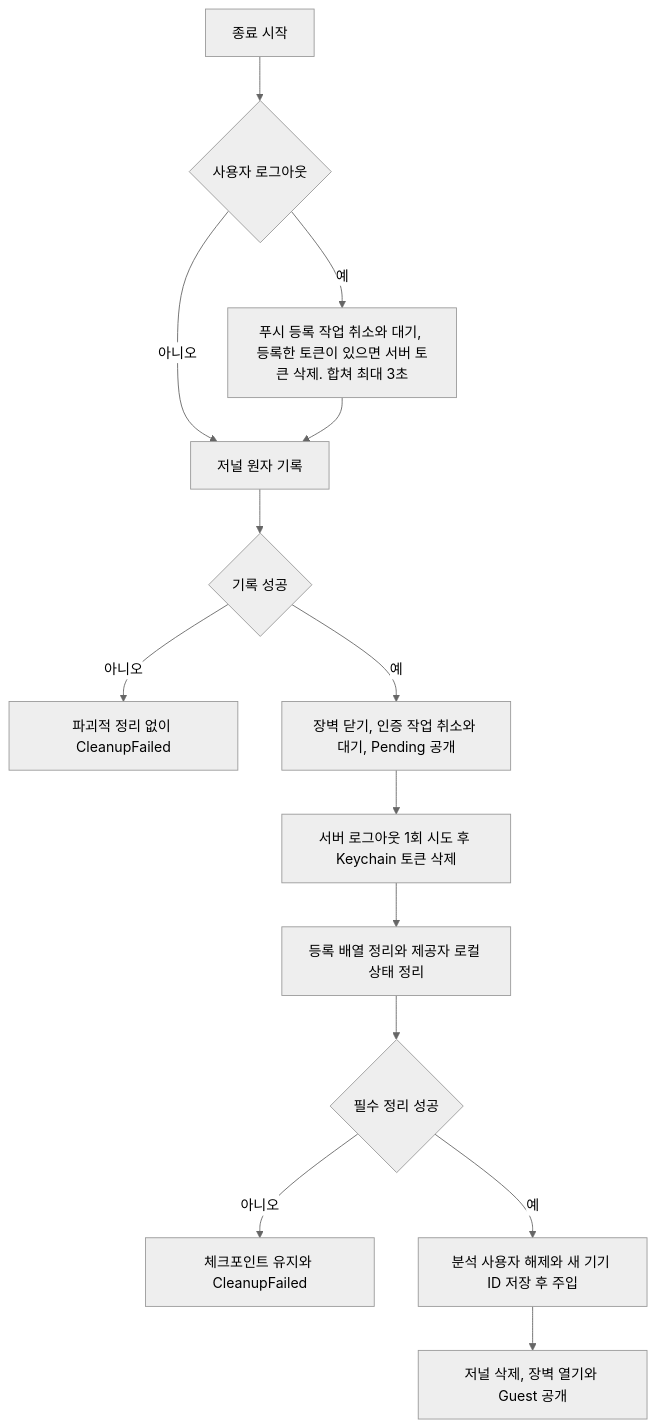
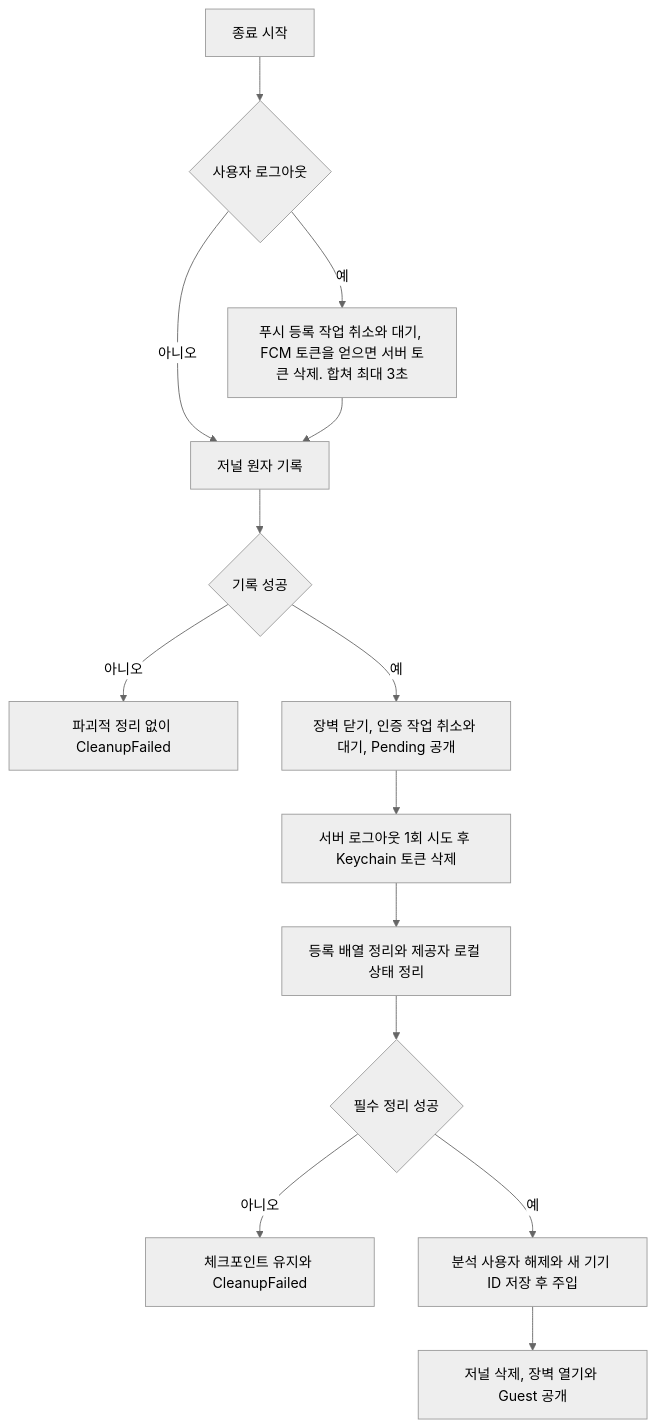
Before and after one commit to KIM-N-KANG/knk-harness: the second of 3 diagrams in docs/spec/ACCOUNT/CLIENT/IOS/4-4-EXECUTION.md, drawn with Mermaid (neutral theme). The commit also changed other lines of this file and 24 other files, not shown here.

````diff
--- a/docs/spec/ACCOUNT/CLIENT/IOS/4-4-EXECUTION.md
+++ b/docs/spec/ACCOUNT/CLIENT/IOS/4-4-EXECUTION.md
@@ -64,16 +64,16 @@
 ```mermaid
 flowchart TD
     A["종료 시작"] --> B{"사용자 로그아웃"}
-    B -->|예| C["푸시 등록 작업 취소와 대기, 등록한 토큰이 있으면 서버 토큰 삭제. 합쳐 최대 3초"]
+    B -->|예| C["푸시 등록 작업 취소와 대기, FCM 토큰을 얻으면 서버 토큰 삭제. 합쳐 최대 3초"]
     B -->|아니오| D["저널 원자 기록"]
     C --> D
     D --> E{"기록 성공"}
     E -->|아니오| X["파괴적 정리 없이 CleanupFailed"]
     E -->|예| F["장벽 닫기, 인증 작업 취소와 대기, Pending 공개"]
     F --> G["서버 로그아웃 1회 시도 후 Keychain 토큰 삭제"]
     G --> H["등록 배열 정리와 제공자 로컬 상태 정리"]
     H --> I{"필수 정리 성공"}
     I -->|아니오| R["체크포인트 유지와 CleanupFailed"]
     I -->|예| J["분석 사용자 해제와 새 기기 ID 저장 후 주입"]
     J --> K["저널 삭제, 장벽 열기와 Guest 공개"]
 ```
````
